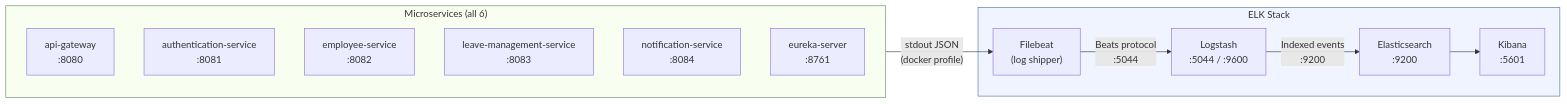
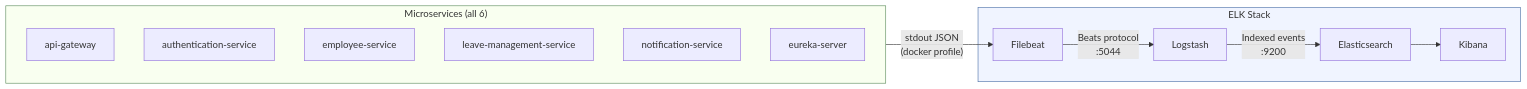
Before and after one commit to niloymcs17/NAGP2026: the diagram in documentation/elk_stack_centralized_logging.md, drawn with Mermaid. The commit also changed other lines of this file and 6 other files, not shown here.

Commit message:
updated  comprehensive architecture, design, and health check documentation for the microservices project

````diff
--- a/documentation/elk_stack_centralized_logging.md
+++ b/documentation/elk_stack_centralized_logging.md
@@ -57,26 +43,26 @@
 ```mermaid
 flowchart LR
     subgraph Services ["Microservices (all 6)"]
-        GW["api-gateway\n:8080"]
-        AS["authentication-service\n:8081"]
-        ES["employee-service\n:8082"]
-        LS["leave-management-service\n:8083"]
-        NS["notification-service\n:8084"]
-        EU["eureka-server\n:8761"]
+        GW["api-gateway"]
+        AS["authentication-service"]
+        ES["employee-service"]
+        LS["leave-management-service"]
+        NS["notification-service"]
+        EU["eureka-server"]
     end
 
     subgraph ELK ["ELK Stack"]
-        FB["Filebeat\n(log shipper)"]
-        LST["Logstash\n:5044 / :9600"]
-        ESE["Elasticsearch\n:9200"]
-        KB["Kibana\n:5601"]
+        FB["Filebeat"]
+        LST["Logstash"]
+        ESE["Elasticsearch"]
+        KB["Kibana"]
     end
 
     Services -->|"stdout JSON\n(docker profile)"| FB
     FB -->|"Beats protocol\n:5044"| LST
     LST -->|"Indexed events\n:9200"| ESE
     ESE --> KB
 
     style ELK fill:#f0f4ff,stroke:#4a6fa5
     style Services fill:#f9fff0,stroke:#5a8a5a
 ```
````
